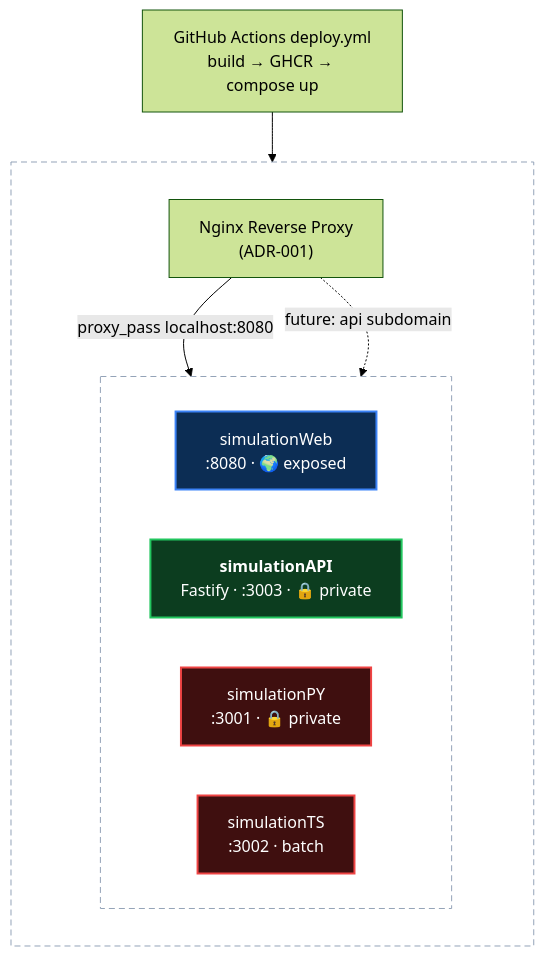
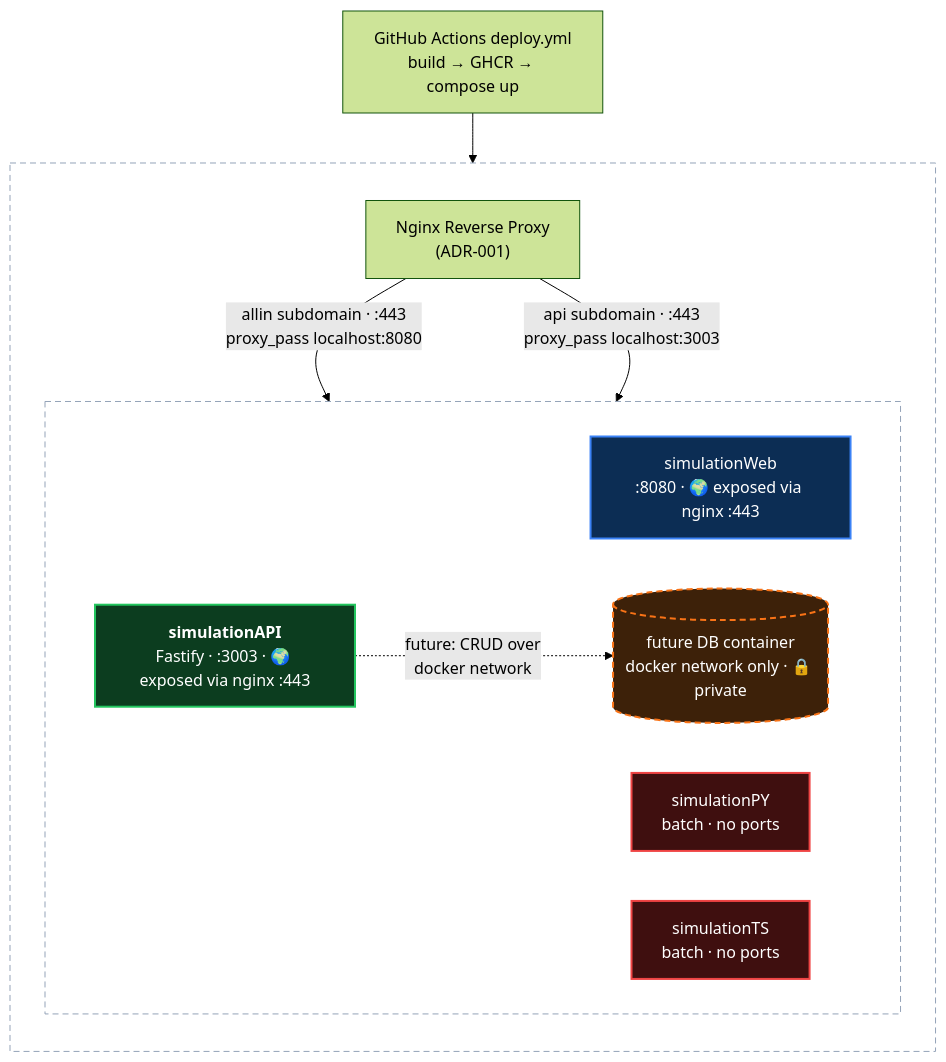
Before and after one commit to jbframe/big-equity: the diagram in docs/adr/002-fastify-backend-container.md, drawn with Mermaid (forest theme). The commit also changed other lines of this file and 3 other files, not shown here.

````diff
--- a/docs/adr/002-fastify-backend-container.md
+++ b/docs/adr/002-fastify-backend-container.md
@@ -40,24 +50,27 @@
 ```mermaid
 graph TD
     subgraph EC2["AWS EC2 Instance"]
         direction TB
         Nginx["Nginx Reverse Proxy<br/>(ADR-001)"]
         subgraph Docker["Docker containers"]
             direction LR
-            Web["simulationWeb<br/>:8080 · 🌍 exposed"]
-            API["<b>simulationAPI</b><br/>Fastify · :3003 · 🔒 private"]
-            PY["simulationPY<br/>:3001 · 🔒 private"]
-            TS["simulationTS<br/>:3002 · batch"]
+            Web["simulationWeb<br/>:8080 · 🌍 exposed via nginx :443"]
+            API["<b>simulationAPI</b><br/>Fastify · :3003 · 🌍 exposed via nginx :443"]
+            PY["simulationPY<br/>batch · no ports"]
+            TS["simulationTS<br/>batch · no ports"]
+            DB[("future DB container<br/>docker network only · 🔒 private")]
         end
-        Nginx -- "proxy_pass localhost:8080" --> Web
-        Nginx -. "future: api subdomain" .-> API
+        Nginx -- "allin subdomain · :443<br/>proxy_pass localhost:8080" --> Web
+        Nginx -- "api subdomain · :443<br/>proxy_pass localhost:3003" --> API
+        API -. "future: CRUD over<br/>docker network" .-> DB
     end
     CI["GitHub Actions deploy.yml<br/>build → GHCR → compose up"] --> Docker
 
     style API fill:#0c3d1f,stroke:#22c55e,stroke-width:2px,color:#ffffff
     style Web fill:#0c2d54,stroke:#3b82f6,stroke-width:2px,color:#ffffff
+    style DB fill:#3d2109,stroke:#f97316,stroke-width:2px,stroke-dasharray:6 4,color:#ffffff
     style PY fill:#3f0f0f,stroke:#ef4444,stroke-width:2px,color:#ffffff
     style TS fill:#3f0f0f,stroke:#ef4444,stroke-width:2px,color:#ffffff
     style EC2 fill:transparent,stroke:#94a3b8,stroke-dasharray:6 4,color:#ffffff
     style Docker fill:transparent,stroke:#94a3b8,stroke-dasharray:6 4,color:#ffffff
 ```
````
